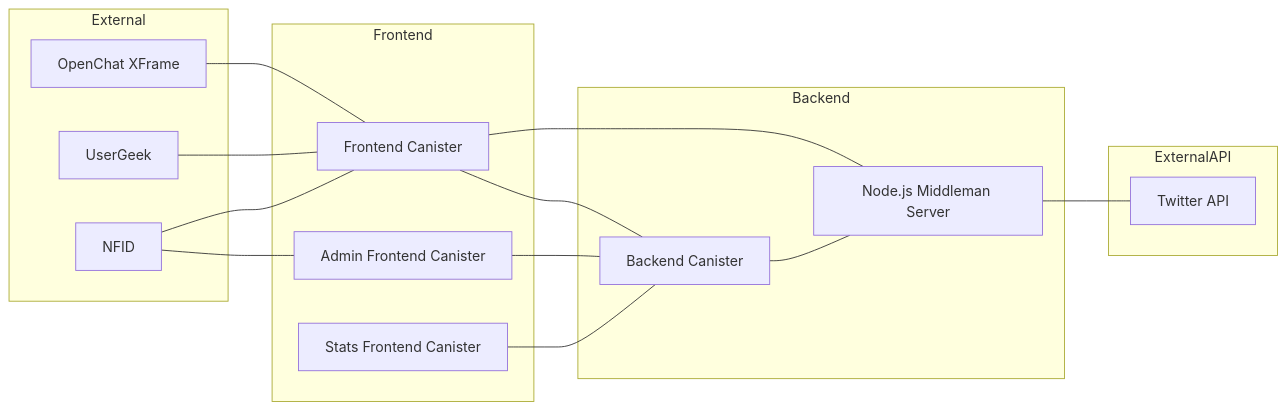
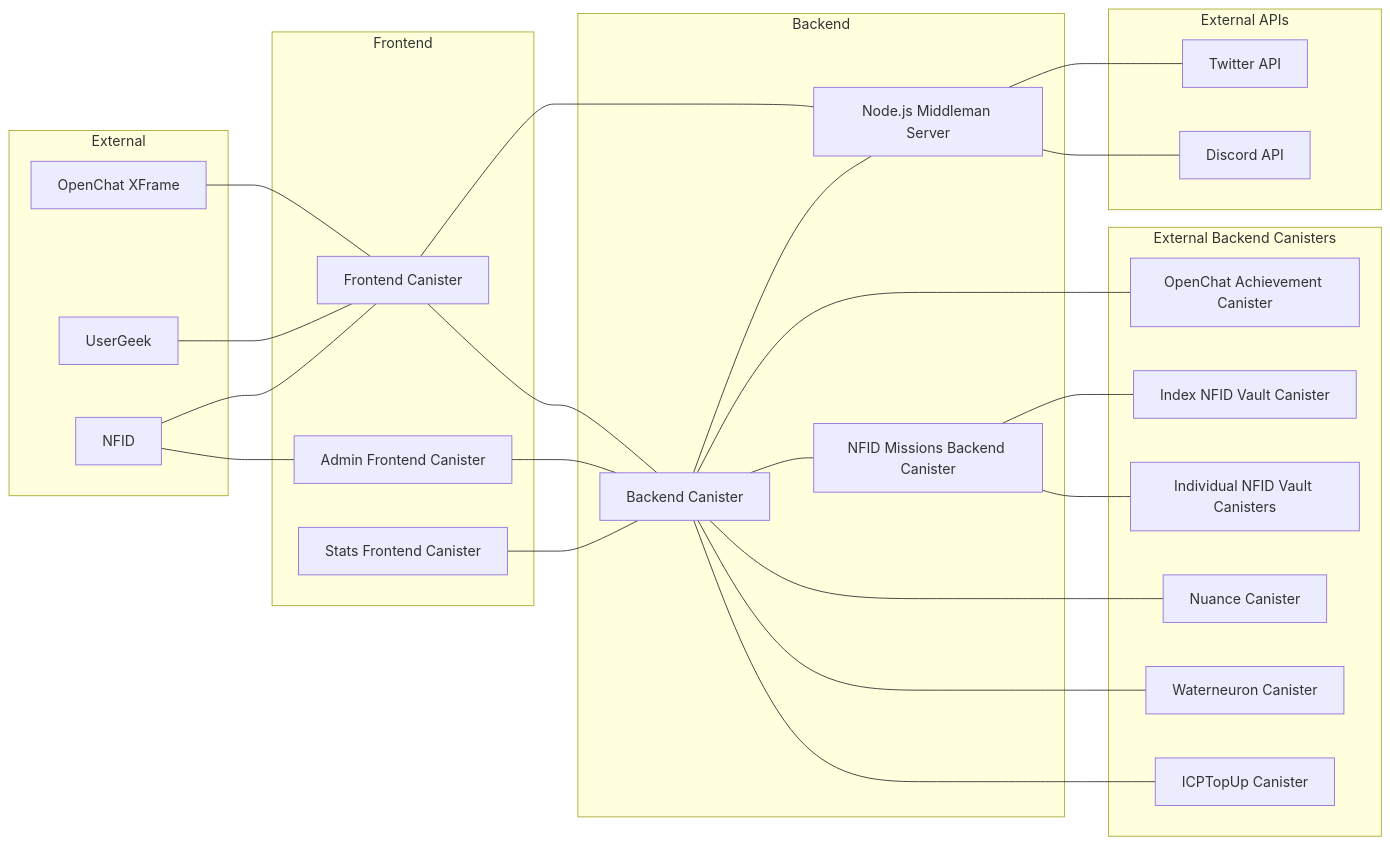
One commit to Konecta-DAO/missions changed the diagram in README.md. Above: the diagram before and after it, drawn with Mermaid. The commit also changed other lines of this file and 36 other files, not shown here.

````diff
--- a/README.md
+++ b/README.md
@@ -9,51 +70,64 @@
 ```mermaid
 
 graph LR
 
-    %% External Entities
     subgraph External
         D[OpenChat XFrame]
         H[UserGeek]
         C[NFID]
     end
 
-    %% Frontend Components
+%% External Entities
+    D --- A
+    H --- A
+    C --- A
+    C --- E
+
     subgraph Frontend
         A[Frontend Canister]
+        E[Admin Frontend Canister]
         I[Stats Frontend Canister]
-        E[Admin Frontend Canister]
     end
 
-    %% Backend Components
+%% Frontend Components
+    A --- B
+    E --- B
+    I --- B
+    A --- F
+    B --- F
+    
     subgraph Backend
-        B[Backend Canister]
-        F[Node.js Middleman Server]
-    end
+	    B[Backend Canister]
+	    F[Node.js Middleman Server]
+	    M[NFID Missions Backend Canister]
+	end
 
-    %% External APIs
-    subgraph ExternalAPI
-        G[Twitter API]
-    end
+%% Backend Components
+    B --- M
+    B --- O
+    M --- V
+    M --- W
+    B --- N
+    B --- Q
+    B --- T
+    
+    subgraph External Backend Canisters
+	    O[OpenChat Achievement Canister]
+	    V[Index NFID Vault Canister]
+	    W[Individual NFID Vault Canisters]
+	    N[Nuance Canister]
+	    Q[Waterneuron Canister]
+	    T[ICPTopUp Canister]
+	end
 
-    %% Connections with Separate Directed Arrows
-    D --- A
+    subgraph External APIs
+	    G[Twitter API]
+		J[Discord API]
+	end
 
-    H --- A
-
-    C --- A
-
-    C --- E
-
-    A --- B
-
-    A --- F
-
-    E --- B
-
-    I --- B
-
-    B --- F
+%% External APIs
 
     F --- G
+    F --- J
 
 ```
````
